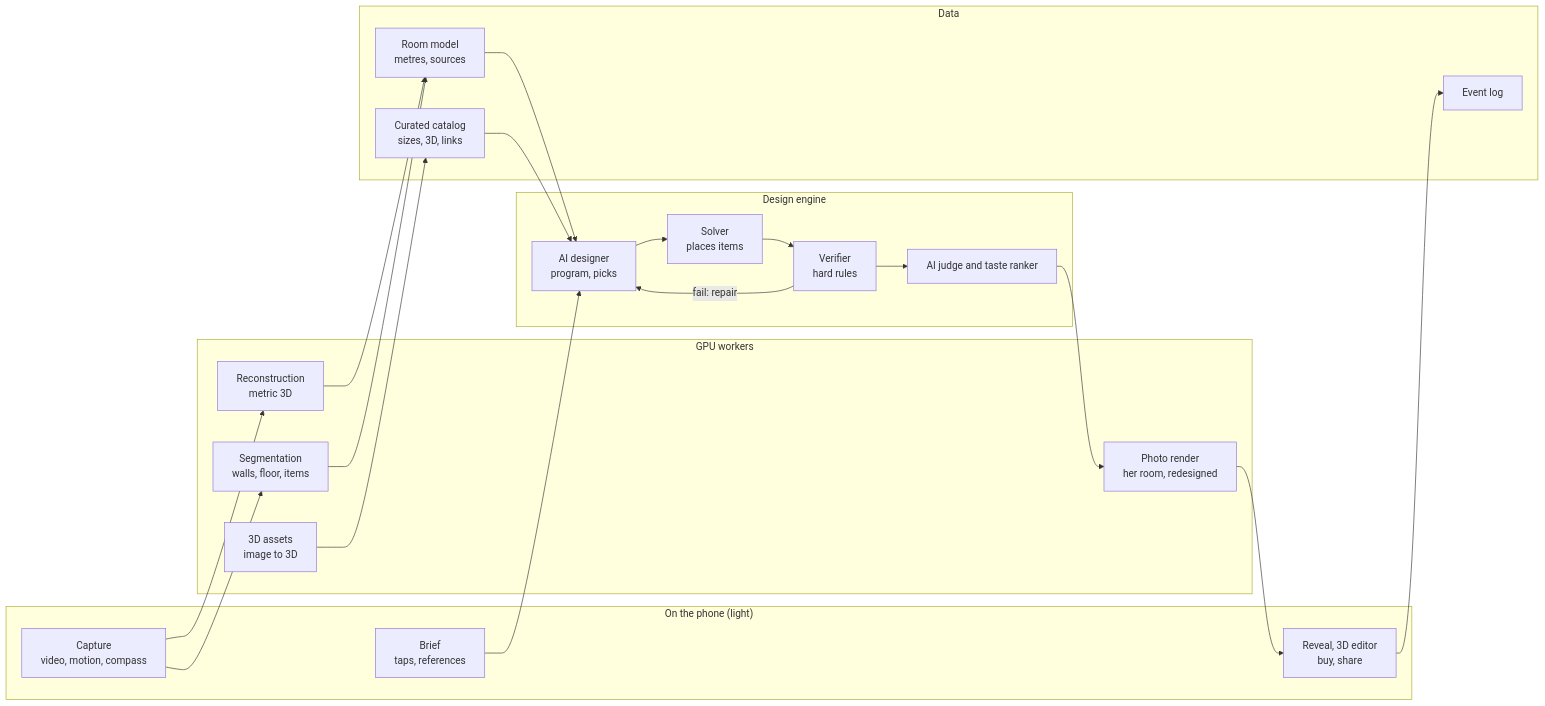
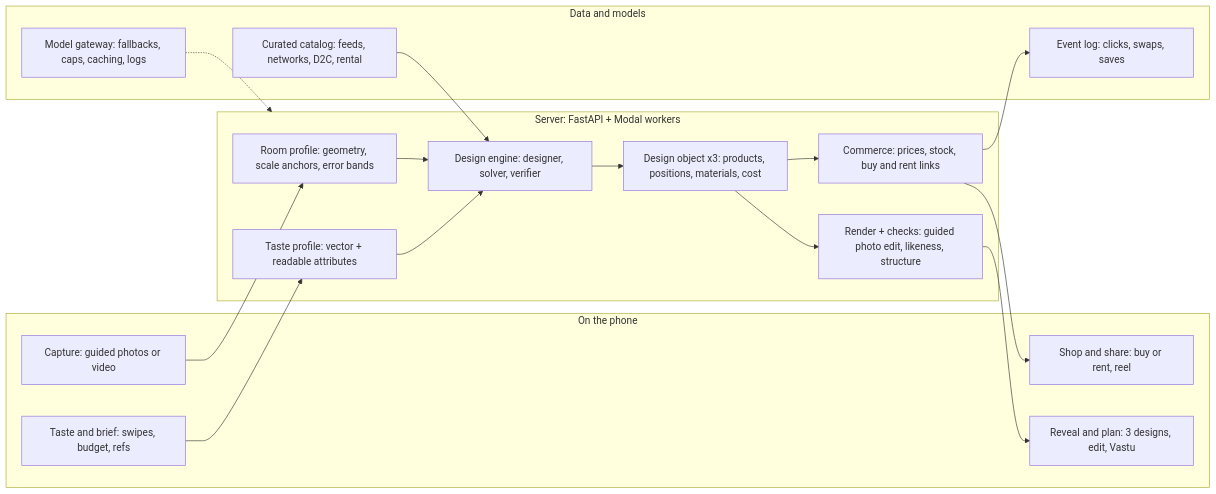
One commit to Sahnijatin/sajao changed the diagram in docs/05-system-architecture.md. Above: the diagram before and after it, drawn with Mermaid. The commit also changed other lines of this file and 179 other files, not shown here.

First line of the commit message:
Align repo with build charter v2

````diff
--- a/docs/05-system-architecture.md
+++ b/docs/05-system-architecture.md
@@ -5,35 +5,34 @@
 ```mermaid
 flowchart LR
-  subgraph Phone["On the phone (light)"]
-    CAP["Capture<br/>video, motion, compass"]
-    BRF["Brief<br/>taps, references"]
-    UI["Reveal, 3D editor<br/>buy, share"]
+  subgraph Phone["On the phone"]
+    CAP["Capture: guided photos or video"]
+    TB["Taste and brief: swipes, budget, refs"]
+    REV["Reveal and plan: 3 designs, edit, Vastu"]
+    SHOP["Shop and share: buy or rent, reel"]
   end
-  subgraph GPU["GPU workers"]
-    REC["Reconstruction<br/>metric 3D"]
-    SEG["Segmentation<br/>walls, floor, items"]
-    REN["Photo render<br/>her room, redesigned"]
-    AST["3D assets<br/>image to 3D"]
+  subgraph Server["Server: FastAPI + Modal workers"]
+    RP["Room profile: geometry, scale anchors, error bands"]
+    TP["Taste profile: vector + readable attributes"]
+    DE["Design engine: designer, solver, verifier"]
+    DO["Design object x3: products, positions, materials, cost"]
+    RC["Render + checks: guided photo edit, likeness, structure"]
+    COM["Commerce: prices, stock, buy and rent links"]
   end
-  subgraph Engine["Design engine"]
-    DES["AI designer<br/>program, picks"]
-    SOL["Solver<br/>places items"]
-    VER["Verifier<br/>hard rules"]
-    JUD["AI judge and taste ranker"]
+  subgraph Data["Data and models"]
+    CAT["Curated catalog: feeds, networks, D2C, rental"]
+    GW["Model gateway: fallbacks, caps, caching, logs"]
+    EV["Event log: clicks, swaps, saves"]
   end
-  subgraph Data["Data"]
-    ROOM["Room model<br/>metres, sources"]
-    CAT["Curated catalog<br/>sizes, 3D, links"]
-    EV["Event log"]
-  end
-  CAP --> REC --> ROOM
-  CAP --> SEG --> ROOM
-  BRF --> DES
-  ROOM --> DES
-  CAT --> DES
-  DES --> SOL --> VER
-  VER -->|"fail: repair"| DES
-  VER --> JUD --> REN --> UI
-  AST --> CAT
-  UI --> EV
+  CAP --> RP
+  TB --> TP
+  RP --> DE
+  TP --> DE
+  CAT --> DE
+  DE --> DO
+  DO --> RC
+  DO --> COM
+  RC --> REV
+  COM --> SHOP
+  COM --> EV
+  GW -.-> Server
 ```
````
